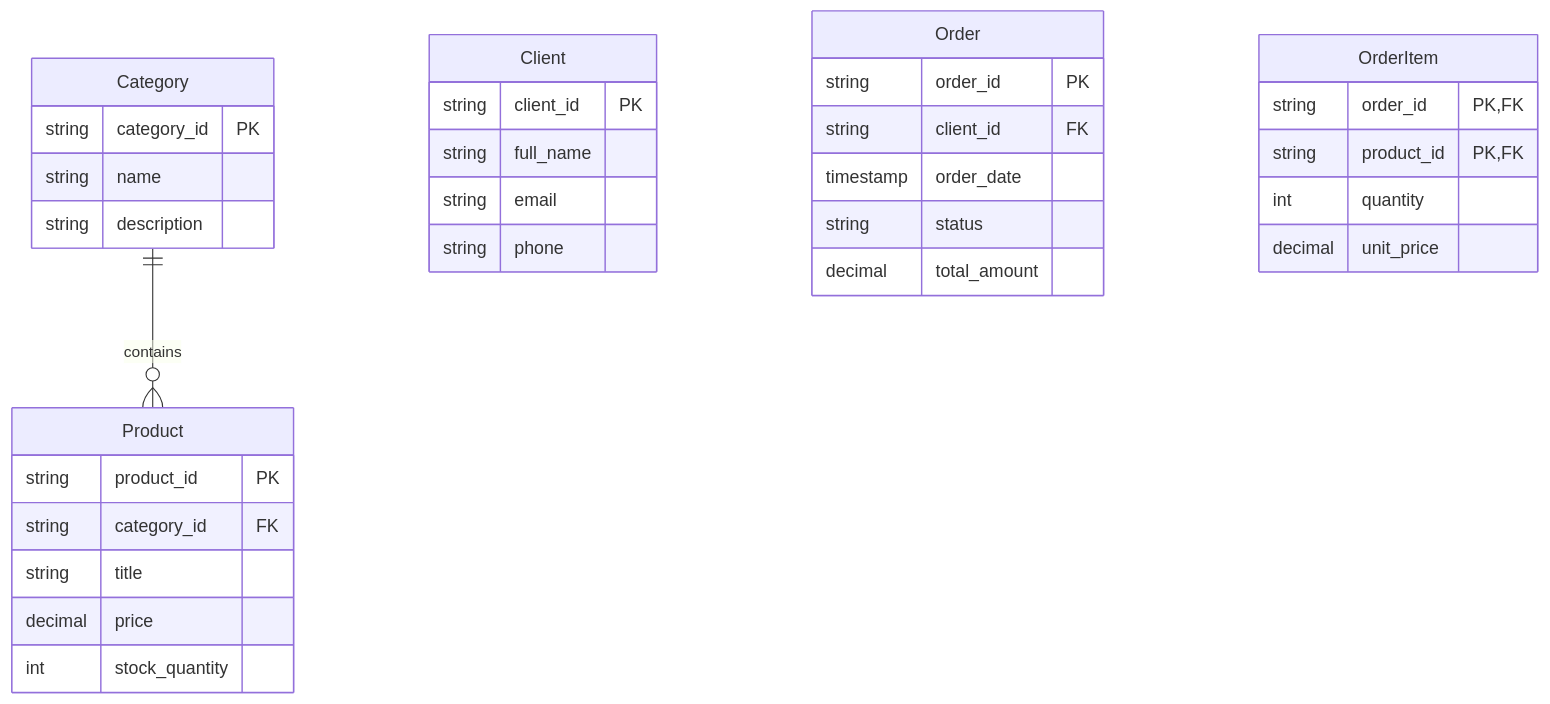
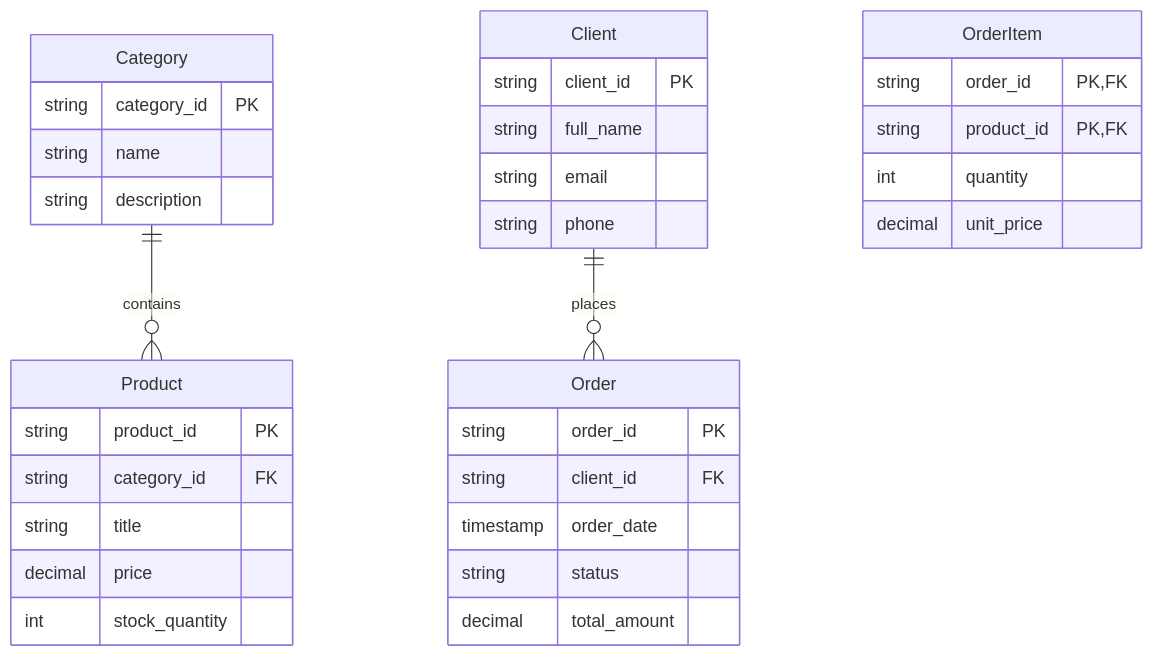
Before and after one commit to KELXN/lab1-ER-kpi: the diagram in docs/er-model.mmd, drawn with Mermaid. The commit also changed 1 other file, not shown here.

Commit message:
docs: model client and order cardinality

```diff
--- a/docs/er-model.mmd
+++ b/docs/er-model.mmd
@@ -1,33 +1,34 @@
 erDiagram
     Category {
         string category_id PK
         string name
         string description
     }
     Product {
         string product_id PK
         string category_id FK
         string title
         decimal price
         int stock_quantity
     }
     Client {
         string client_id PK
         string full_name
         string email
         string phone
     }
     Order {
         string order_id PK
         string client_id FK
         timestamp order_date
         string status
         decimal total_amount
     }
     OrderItem {
         string order_id PK, FK
         string product_id PK, FK
         int quantity
         decimal unit_price
     }
     Category ||--o{ Product : contains
+    Client ||--o{ Order : places
```
